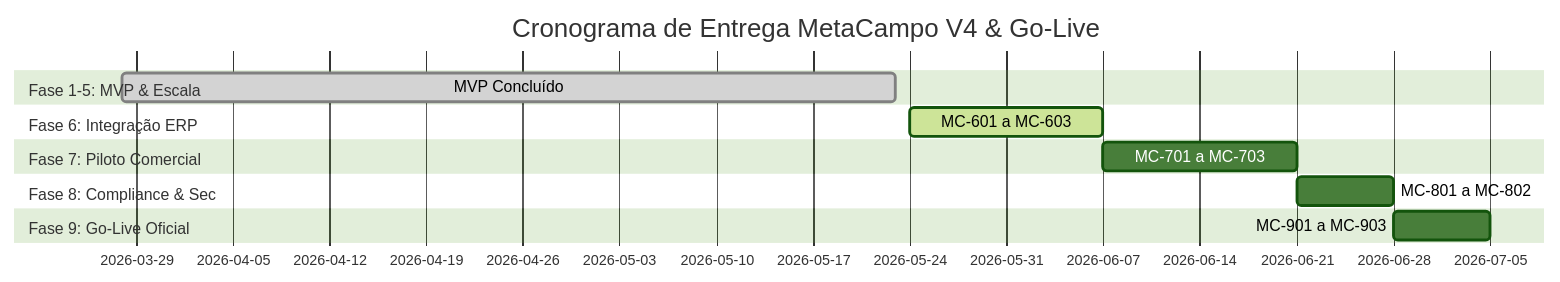
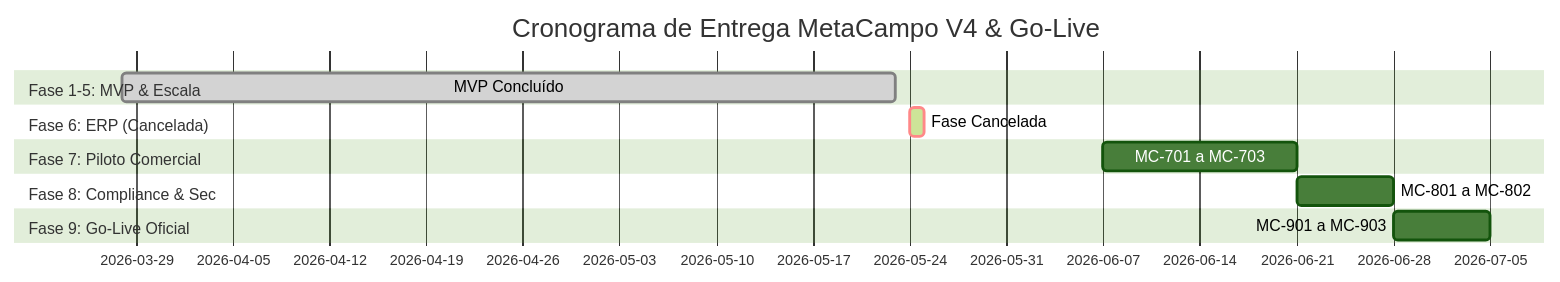
The diagram in docs/status_agile.md (Sagrado-Express/Metacampo), drawn with Mermaid (forest theme) before and after one commit. The commit also changed other lines of this file and 1 other file, not shown here.

Commit message:
docs: cancel Fase 6 (ERP Sync) and adjust active effort metrics and Gantt charts

````diff
--- a/docs/status_agile.md
+++ b/docs/status_agile.md
@@ -49,15 +50,15 @@
 ```mermaid
 gantt
     title Cronograma de Entrega MetaCampo V4 & Go-Live
     dateFormat  YYYY-MM-DD
     section Fase 1-5: MVP & Escala
     MVP Concluído :done, des1, 2026-03-28, 2026-05-23
-    section Fase 6: Integração ERP
-    MC-601 a MC-603 :active, des2, 2026-05-24, 2026-06-07
+    section Fase 6: ERP (Cancelada)
+    Fase Cancelada :crit, active, des2, 2026-05-24, 2026-05-25
     section Fase 7: Piloto Comercial
     MC-701 a MC-703 :des3, 2026-06-07, 2026-06-21
     section Fase 8: Compliance & Sec
     MC-801 a MC-802 :des4, 2026-06-21, 2026-06-28
     section Fase 9: Go-Live Oficial
     MC-901 a MC-903 :des5, 2026-06-28, 2026-07-05
 ```
````
